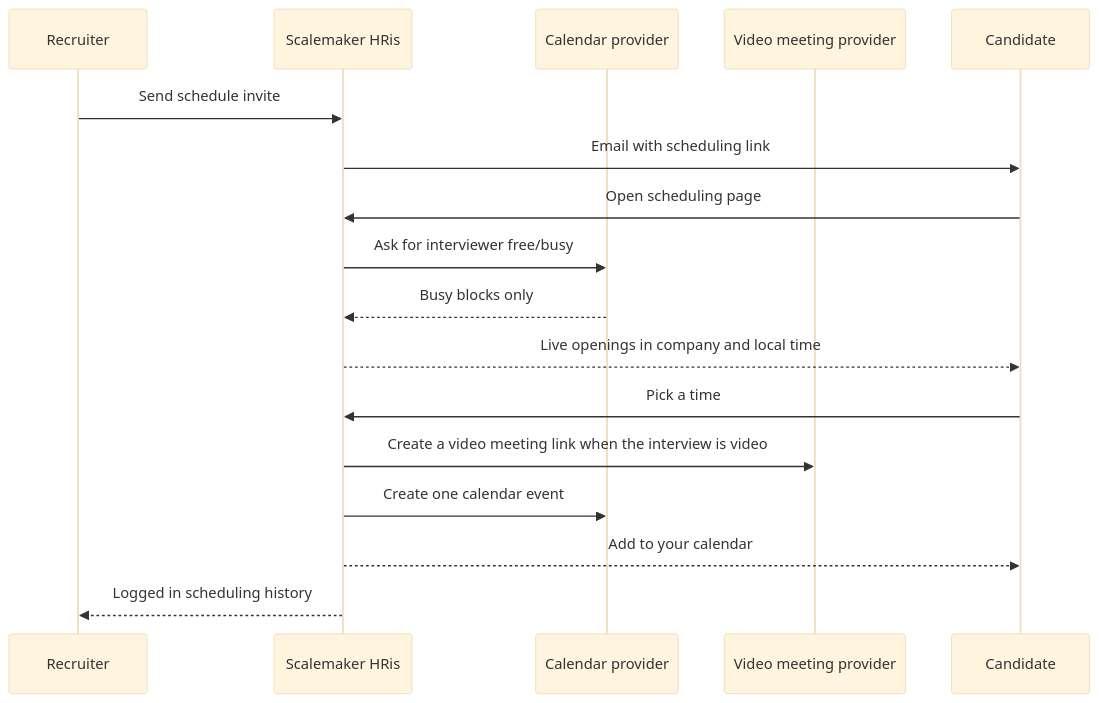
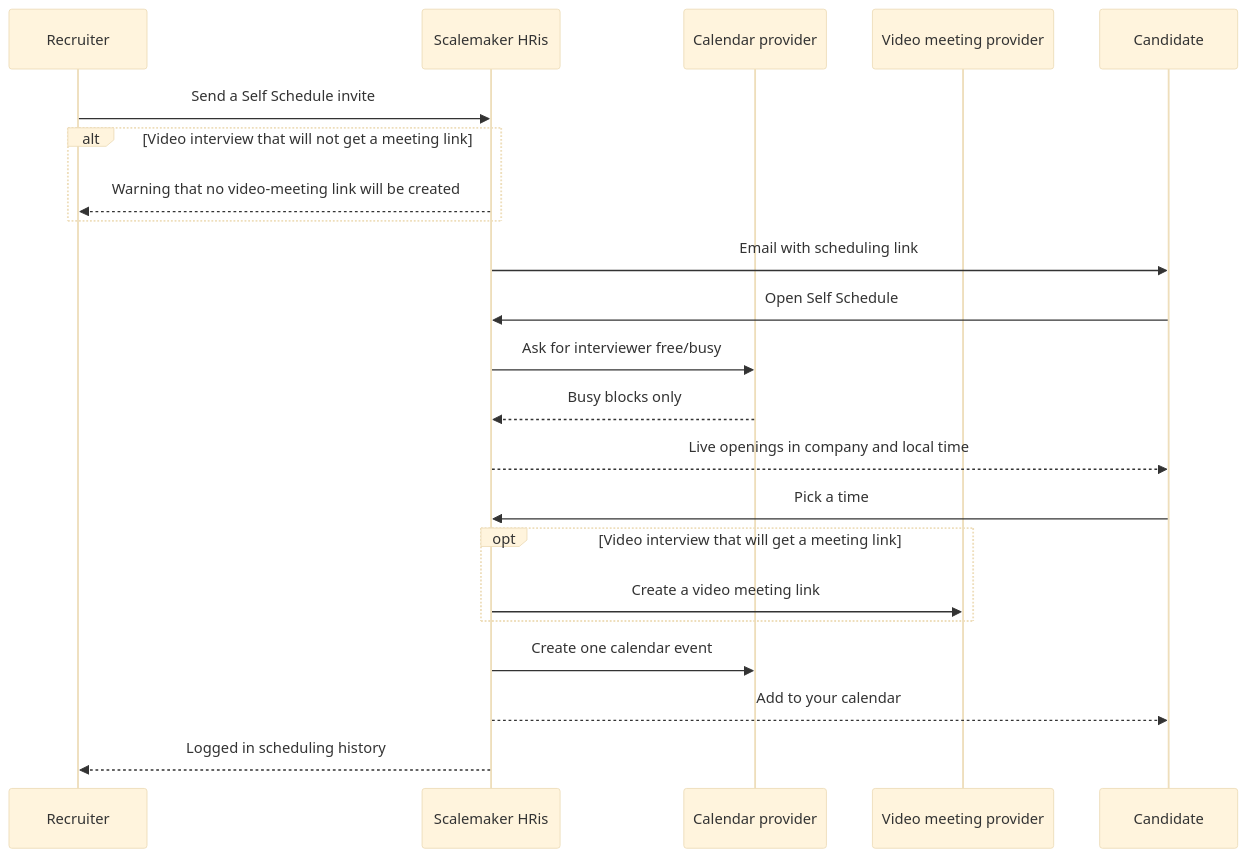
The eighth of 12 diagrams in README.md (staceykay67/scalemaker-hris-showcase), drawn with Mermaid (base theme) before and after one commit. The commit also changed other lines of this file, not shown here.

````diff
--- a/README.md
+++ b/README.md
@@ -346,19 +394,24 @@
 ```mermaid
 sequenceDiagram
     participant R as Recruiter
     participant S as Scalemaker HRis
     participant C as Calendar provider
     participant V as Video meeting provider
     participant K as Candidate
-    R->>S: Send schedule invite
+    R->>S: Send a Self Schedule invite
+    alt Video interview that will not get a meeting link
+        S-->>R: Warning that no video-meeting link will be created
+    end
     S->>K: Email with scheduling link
-    K->>S: Open scheduling page
+    K->>S: Open Self Schedule
     S->>C: Ask for interviewer free/busy
     C-->>S: Busy blocks only
     S-->>K: Live openings in company and local time
     K->>S: Pick a time
-    S->>V: Create a video meeting link when the interview is video
+    opt Video interview that will get a meeting link
+        S->>V: Create a video meeting link
+    end
     S->>C: Create one calendar event
     S-->>K: Add to your calendar
     S-->>R: Logged in scheduling history
 ```
````
